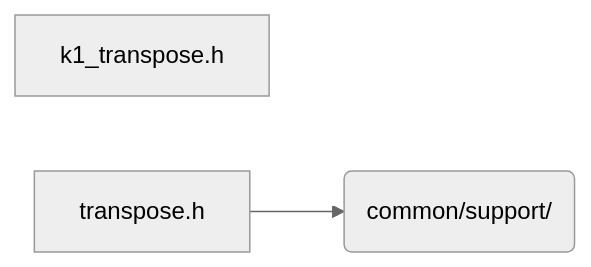
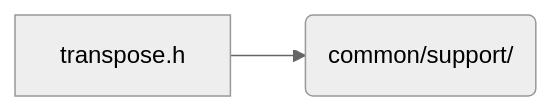
One commit to Tugbars/VectorFFT changed the diagram in docs/architecture/generated/folders/common__move.md. Above: the diagram before and after it, drawn with Mermaid (neutral theme). The commit also changed other lines of this file and 98 other files, not shown here.

Commit message:
regenerated architecture drawings

````diff
--- a/docs/architecture/generated/folders/common__move.md
+++ b/docs/architecture/generated/folders/common__move.md
@@ -11,7 +10,6 @@
 ```mermaid
 flowchart LR
-    n_common_move_k1_transpose_h["k1_transpose.h"]
     n_common_move_transpose_h["transpose.h"]
     n_dir_common_support("common/support/")
     n_common_move_transpose_h --> n_dir_common_support
 ```
````
